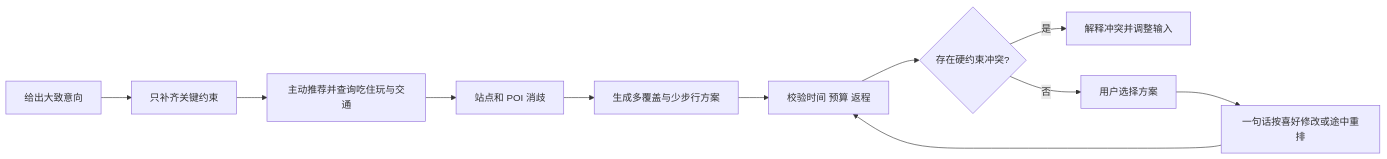
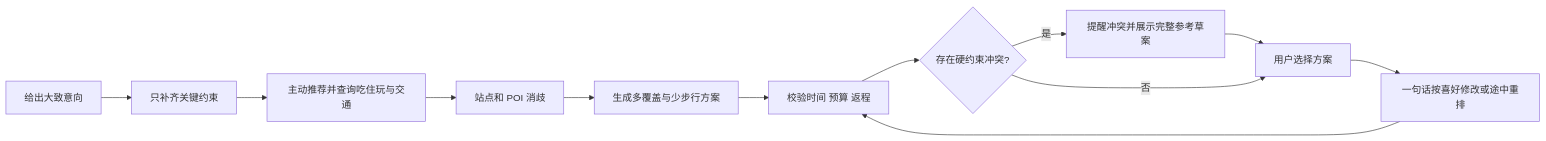
One commit to 991231island-wq/weekend-rush changed the diagram in docs/product-brief.md. Above: the diagram before and after it, drawn with Mermaid. The commit also changed other lines of this file and 51 other files, not shown here.

````diff
--- a/docs/product-brief.md
+++ b/docs/product-brief.md
@@ -33,13 +38,14 @@
 ```mermaid
 flowchart LR
   A[给出大致意向] --> B[只补齐关键约束]
   B --> C[主动推荐并查询吃住玩与交通]
   C --> D[站点和 POI 消歧]
   D --> E[生成多覆盖与少步行方案]
   E --> F[校验时间 预算 返程]
   F --> G{存在硬约束冲突?}
-  G -->|是| H[解释冲突并调整输入]
+  G -->|是| H[提醒冲突并展示完整参考草案]
+  H --> I
   G -->|否| I[用户选择方案]
   I --> J[一句话按喜好修改或途中重排]
   J --> F
 ```
````
